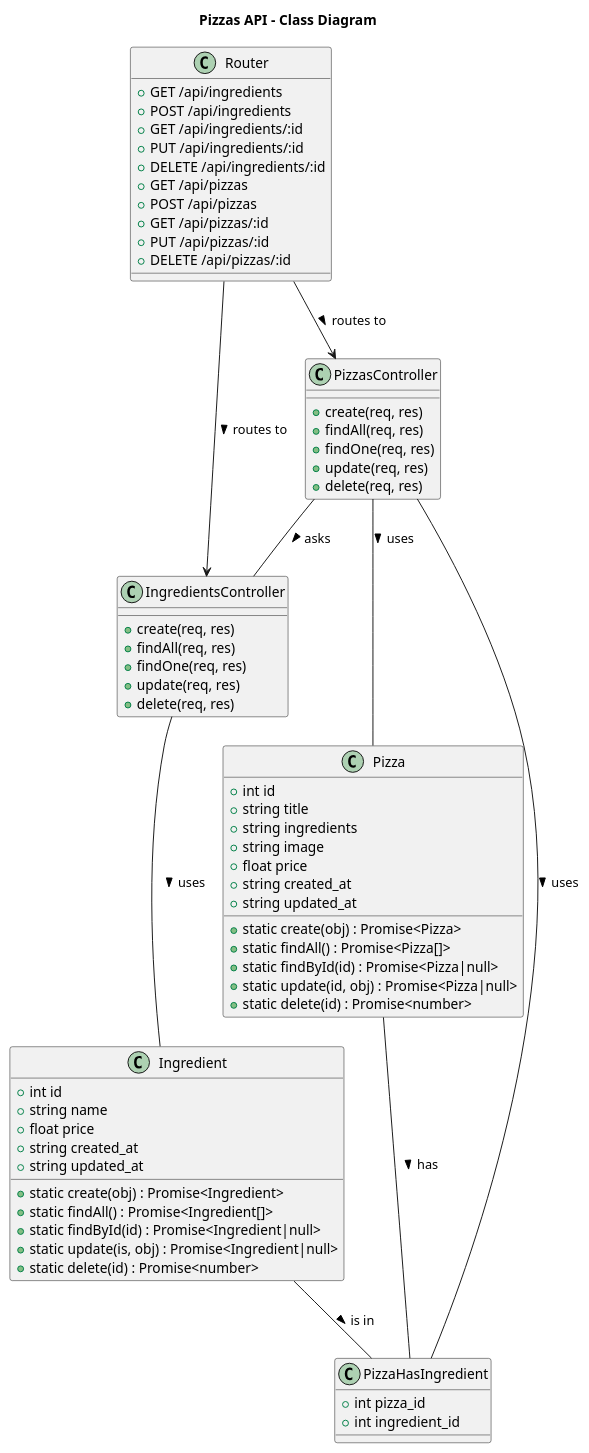
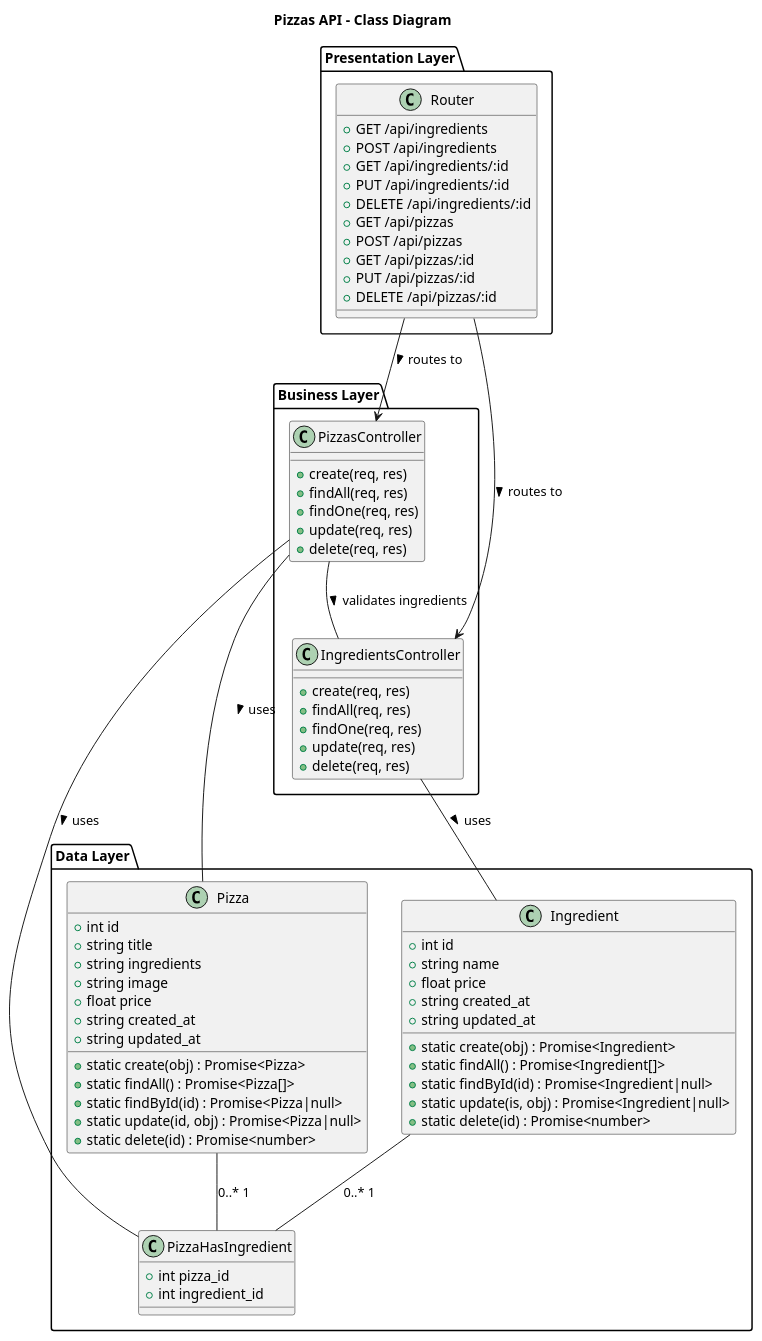
One commit to ThierryPerroud/I321-Perroud-Thierry changed the diagram in docs/class_diagram.puml. Above: the diagram before and after it, drawn with PlantUML.

Commit message:
Feat: Corrected the class diagram

```diff
--- a/docs/class_diagram.puml
+++ b/docs/class_diagram.puml
@@ -1,77 +1,83 @@
 @startuml
 title Pizzas API - Class Diagram
 
-class Ingredient {
-  +int id
-  +string name
-  +float price
-  +string created_at
-  +string updated_at
-  +static create(obj) : Promise<Ingredient>
-  +static findAll() : Promise<Ingredient[]>
-  +static findById(id) : Promise<Ingredient|null>
-  +static update(is, obj) : Promise<Ingredient|null>
-  +static delete(id) : Promise<number>
+package "Presentation Layer" {
+    class Router {
+      +GET /api/ingredients
+      +POST /api/ingredients
+      +GET /api/ingredients/:id
+      +PUT /api/ingredients/:id
+      +DELETE /api/ingredients/:id
+      +GET /api/pizzas
+      +POST /api/pizzas
+      +GET /api/pizzas/:id
+      +PUT /api/pizzas/:id
+      +DELETE /api/pizzas/:id
+    }
 }
 
-class Pizza {
-  +int id
-  +string title
-  +string ingredients
-  +string image
-  +float price
-  +string created_at
-  +string updated_at
-  +static create(obj) : Promise<Pizza>
-  +static findAll() : Promise<Pizza[]>
-  +static findById(id) : Promise<Pizza|null>
-  +static update(id, obj) : Promise<Pizza|null>
-  +static delete(id) : Promise<number>
+package "Business Layer" {
+    class PizzasController {
+      +create(req, res)
+      +findAll(req, res)
+      +findOne(req, res)
+      +update(req, res)
+      +delete(req, res)
+    }
+
+    class IngredientsController {
+      +create(req, res)
+      +findAll(req, res)
+      +findOne(req, res)
+      +update(req, res)
+      +delete(req, res)
+    }
 }
 
-class PizzaHasIngredient {
-  +int pizza_id
-  +int ingredient_id
-}
+package "Data Layer" {
+    class Pizza {
+      +int id
+      +string title
+      +string ingredients
+      +string image
+      +float price
+      +string created_at
+      +string updated_at
+      +static create(obj) : Promise<Pizza>
+      +static findAll() : Promise<Pizza[]>
+      +static findById(id) : Promise<Pizza|null>
+      +static update(id, obj) : Promise<Pizza|null>
+      +static delete(id) : Promise<number>
+    }
 
-class IngredientsController {
-  +create(req, res)
-  +findAll(req, res)
-  +findOne(req, res)
-  +update(req, res)
-  +delete(req, res)
-}
+    class Ingredient {
+      +int id
+      +string name
+      +float price
+      +string created_at
+      +string updated_at
+      +static create(obj) : Promise<Ingredient>
+      +static findAll() : Promise<Ingredient[]>
+      +static findById(id) : Promise<Ingredient|null>
+      +static update(is, obj) : Promise<Ingredient|null>
+      +static delete(id) : Promise<number>
+    }
 
-class PizzasController {
-  +create(req, res)
-  +findAll(req, res)
-  +findOne(req, res)
-  +update(req, res)
-  +delete(req, res)
-}
-
-class Router {
-  +GET /api/ingredients
-  +POST /api/ingredients
-  +GET /api/ingredients/:id
-  +PUT /api/ingredients/:id
-  +DELETE /api/ingredients/:id
-  +GET /api/pizzas
-  +POST /api/pizzas
-  +GET /api/pizzas/:id
-  +PUT /api/pizzas/:id
-  +DELETE /api/pizzas/:id
+    class PizzaHasIngredient {
+      +int pizza_id
+      +int ingredient_id
+    }
 }
 
 IngredientsController -- Ingredient : uses >
 Router --> IngredientsController : routes to >
 
 PizzasController -- Pizza : uses >
 PizzasController -- PizzaHasIngredient : uses >
-PizzasController -- IngredientsController : asks >
+PizzasController -- IngredientsController : validates ingredients >
 Router --> PizzasController : routes to >
 
-Ingredient -- PizzaHasIngredient : is in >
-Pizza -- PizzaHasIngredient : has >
+Ingredient -- PizzaHasIngredient : 0..* 1
+Pizza -- PizzaHasIngredient : 0..* 1
 
 @enduml
```
